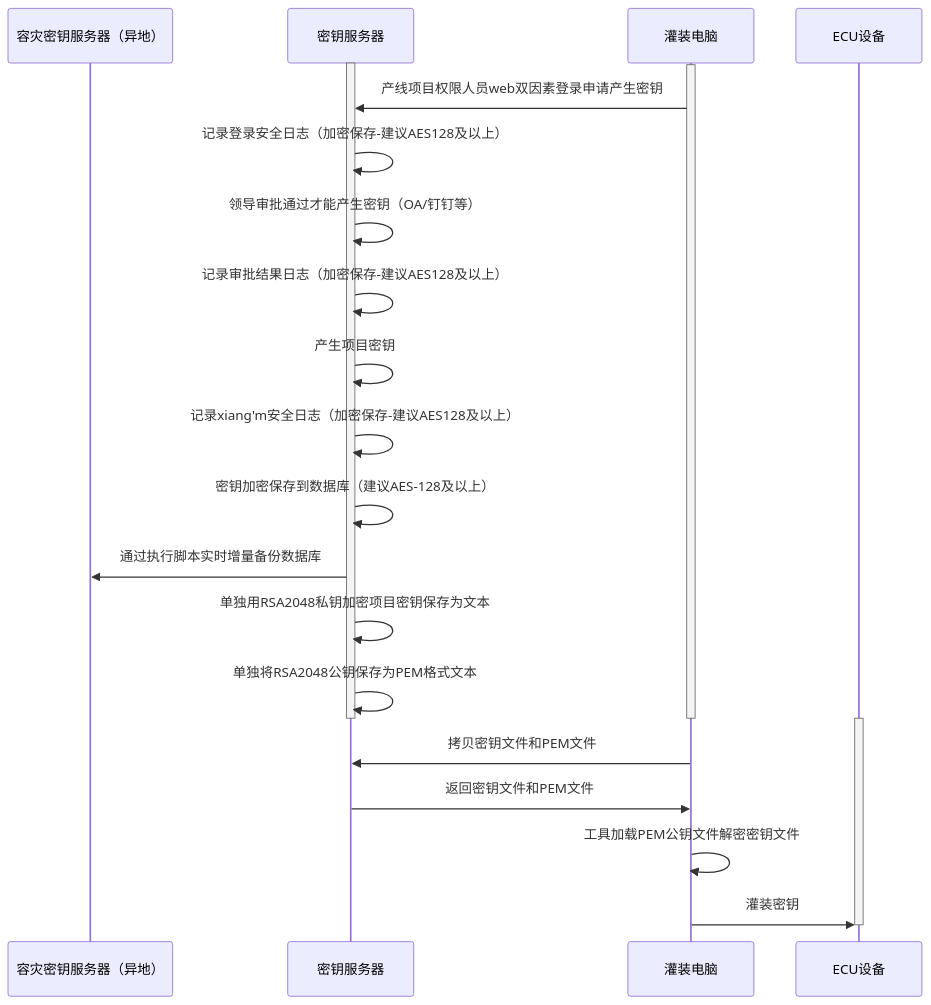
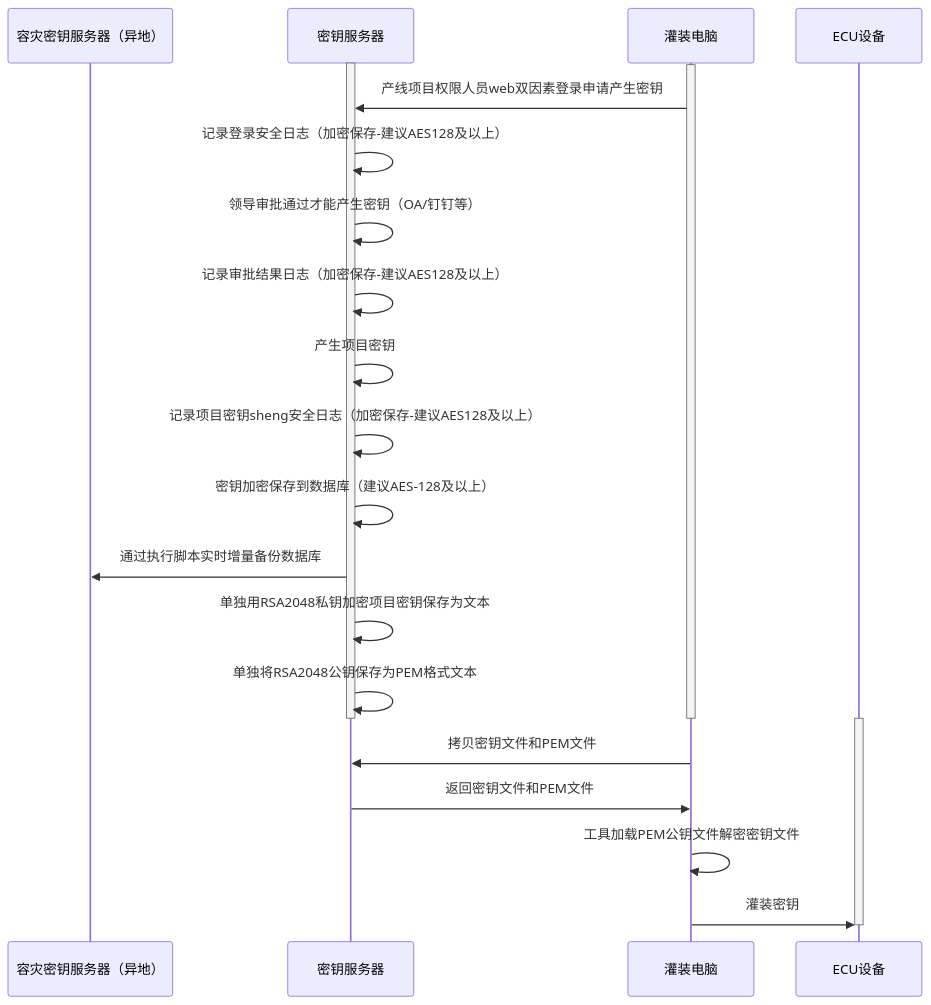
One commit to facebook-cloud/iodraw-files changed the diagram in all/未命名-15.md. Above: the diagram before and after it, drawn with Mermaid.

Commit message:
2026-02-11 19:38:46 update

````diff
--- a/all/未命名-15.md
+++ b/all/未命名-15.md
@@ -1,31 +1,31 @@
 ```mermaid
 sequenceDiagram
     participant A as 容灾密钥服务器（异地）
     participant B as 密钥服务器
     participant D as 灌装电脑
     participant E as ECU设备
 
     activate B
     activate D
     D->>B: 产线项目权限人员web双因素登录申请产生密钥
     B->>B: 记录登录安全日志（加密保存-建议AES128及以上）
     B->>B: 领导审批通过才能产生密钥（OA/钉钉等）
     B->>B: 记录审批结果日志（加密保存-建议AES128及以上）
     B->>B: 产生项目密钥
-    B->>B: 记录xiang'm安全日志（加密保存-建议AES128及以上）
+    B->>B: 记录项目密钥sheng安全日志（加密保存-建议AES128及以上）
     B->>B: 密钥加密保存到数据库（建议AES-128及以上）
     B->>A: 通过执行脚本实时增量备份数据库
 
     B->>B: 单独用RSA2048私钥加密项目密钥保存为文本
     B->>B: 单独将RSA2048公钥保存为PEM格式文本
     deactivate B
     deactivate D
 
     activate E
     D->>B: 拷贝密钥文件和PEM文件
     B->>D: 返回密钥文件和PEM文件
     D->>D:工具加载PEM公钥文件解密密钥文件
     D->>E: 灌装密钥
     deactivate E
 
 ```
````
